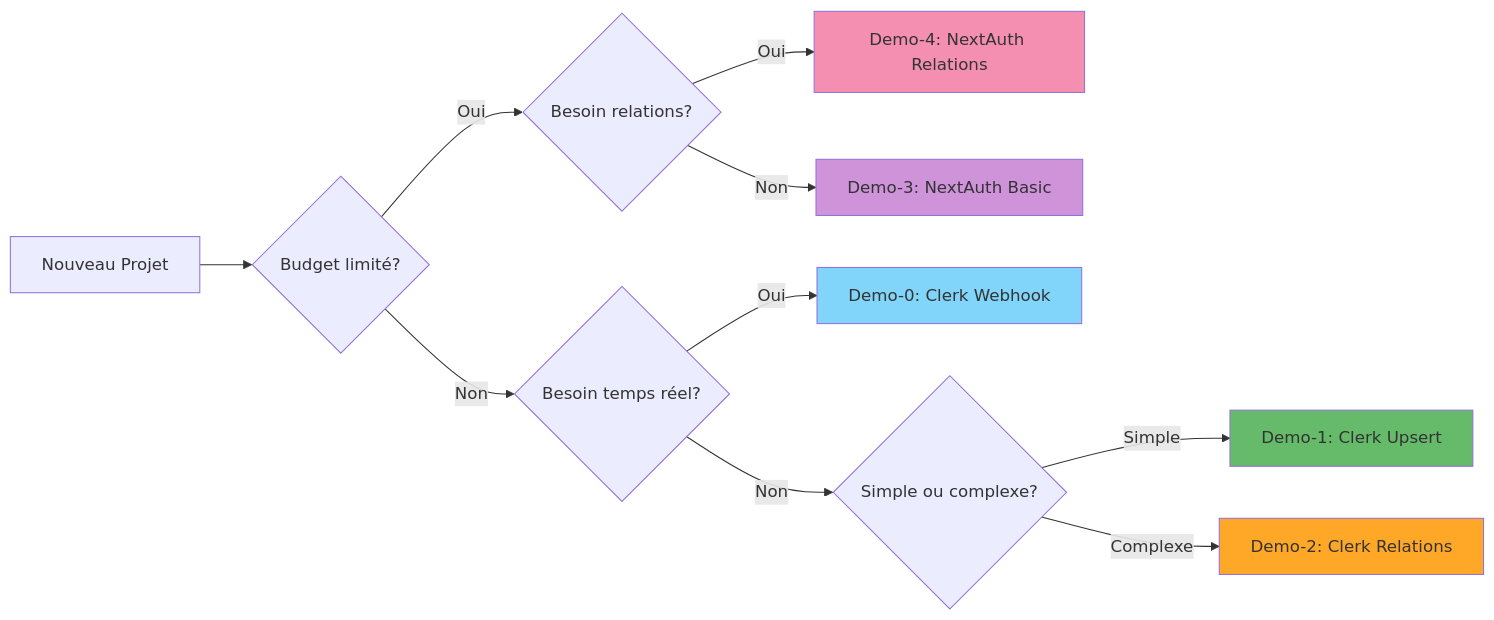
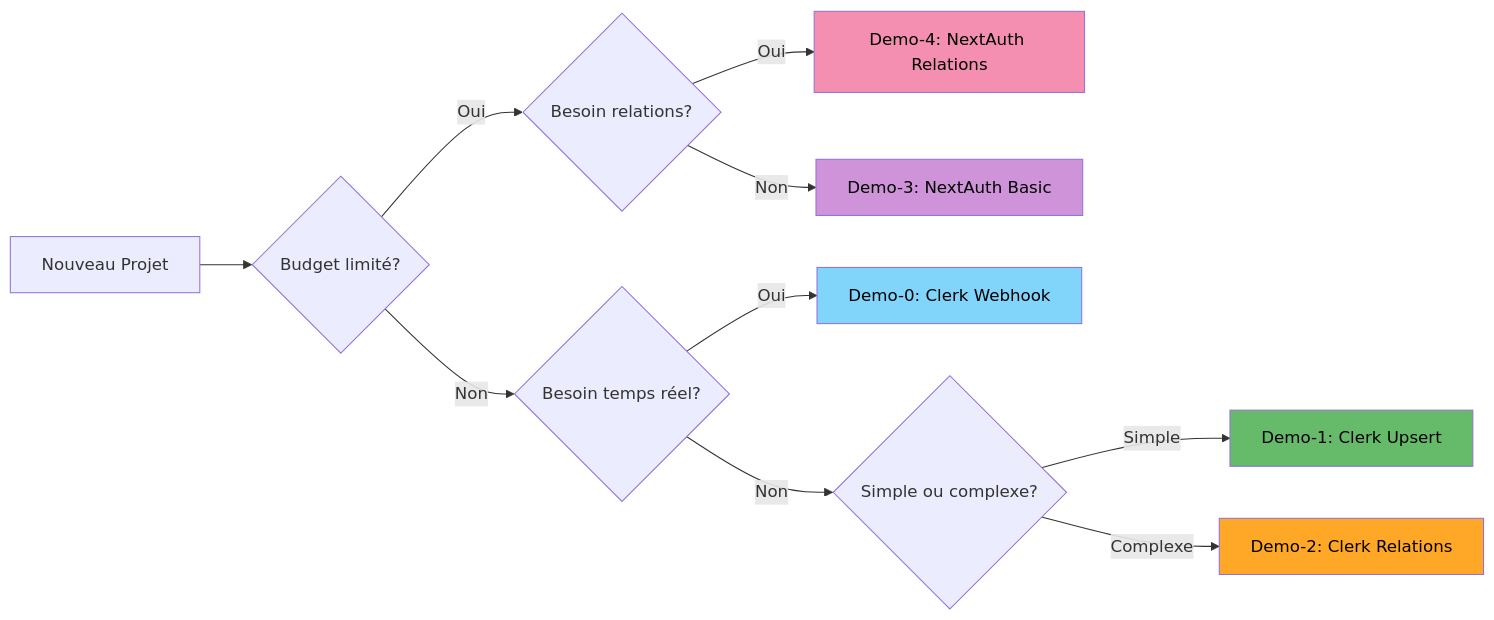
Before and after one commit to inskillflow/auths-1-NEXTJS-introduction: the second of 39 diagrams in 02-DIAGRAMMES_ARCHITECTURES.md, drawn with Mermaid. The commit also changed other lines of this file, not shown here.

````diff
--- a/02-DIAGRAMMES_ARCHITECTURES.md
+++ b/02-DIAGRAMMES_ARCHITECTURES.md
@@ -67,21 +67,21 @@
 ```mermaid
 graph LR
     START[Nouveau Projet] --> Q1{Budget limité?}
     Q1 -->|Oui| Q2{Besoin relations?}
     Q1 -->|Non| Q3{Besoin temps réel?}
     
     Q2 -->|Oui| DEMO4[Demo-4: NextAuth Relations]
     Q2 -->|Non| DEMO3[Demo-3: NextAuth Basic]
     
     Q3 -->|Oui| DEMO0[Demo-0: Clerk Webhook]
     Q3 -->|Non| Q4{Simple ou complexe?}
     
     Q4 -->|Simple| DEMO1[Demo-1: Clerk Upsert]
     Q4 -->|Complexe| DEMO2[Demo-2: Clerk Relations]
     
-    style DEMO0 fill:#81d4fa
-    style DEMO1 fill:#66bb6a
-    style DEMO2 fill:#ffa726
-    style DEMO3 fill:#ce93d8
-    style DEMO4 fill:#f48fb1
+    style DEMO0 fill:#81d4fa,color:#000
+    style DEMO1 fill:#66bb6a,color:#000
+    style DEMO2 fill:#ffa726,color:#000
+    style DEMO3 fill:#ce93d8,color:#000
+    style DEMO4 fill:#f48fb1,color:#000
 ```
````
